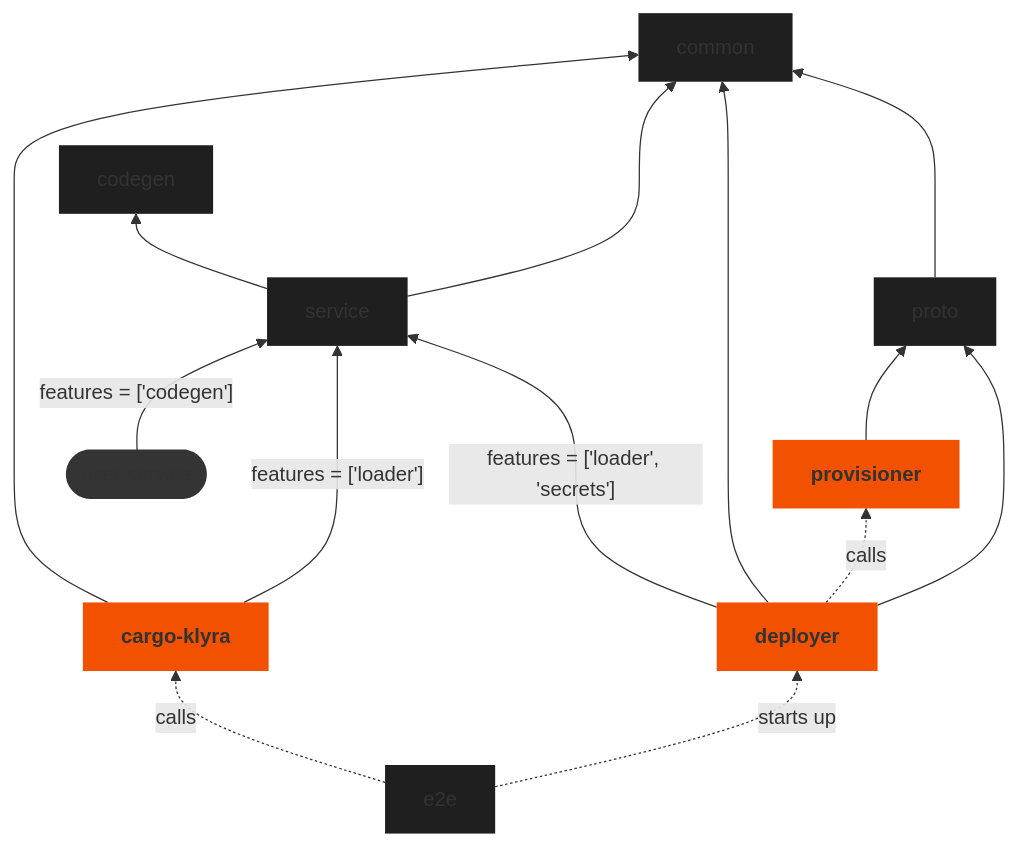
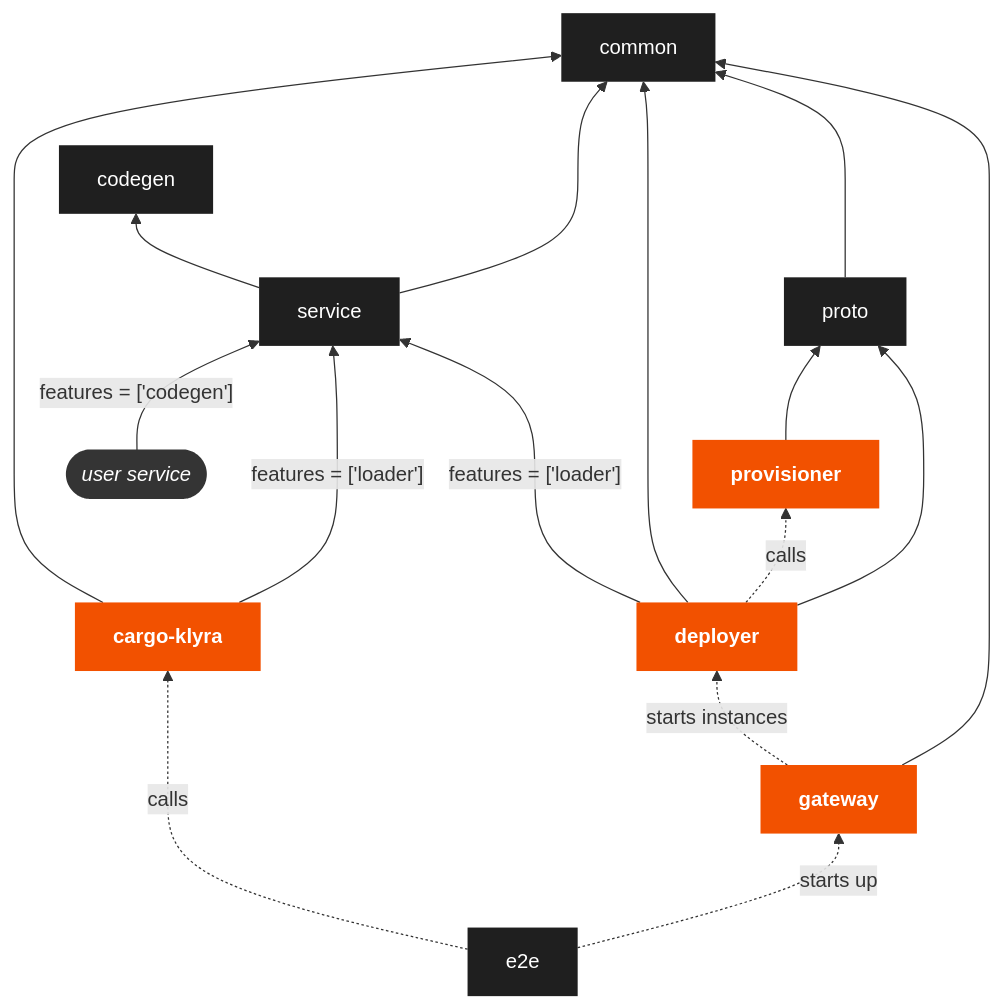
One commit to Klyra-project/Klyra changed the diagram in CONTRIBUTING.md. Above: the diagram before and after it, drawn with Mermaid. The commit also changed other lines of this file and 27 other files, not shown here.

````diff
--- a/CONTRIBUTING.md
+++ b/CONTRIBUTING.md
@@ -104,29 +116,32 @@
 ```mermaid
 graph BT
-    classDef default fill:#1f1f1f,stroke-width:0;
-    classDef binary fill:#f25100,font-weight:bold,stroke-width:0;
-    classDef external fill:#343434,font-style:italic,stroke:#f25100;
+    classDef default fill:#1f1f1f,stroke-width:0,color:white;
+    classDef binary fill:#f25100,font-weight:bolder,stroke-width:0,color:white;
+    classDef external fill:#343434,font-style:italic,stroke:#f25100,color:white;
 
     deployer:::binary
     cargo-klyra:::binary
     common
     codegen
     e2e
     proto
     provisioner:::binary
     service
+    gateway:::binary
     user([user service]):::external
+    gateway --> common
+    gateway -.->|starts instances| deployer
     deployer --> proto
     deployer -.->|calls| provisioner
     service ---> common
     deployer --> common
     cargo-klyra --->|"features = ['loader']"| service
-    deployer -->|"features = ['loader', 'secrets']"| service
+    deployer -->|"features = ['loader']"| service
     cargo-klyra --> common
     service --> codegen
     proto ---> common
     provisioner --> proto
-    e2e -.->|starts up| deployer
+    e2e -.->|starts up| gateway
     e2e -.->|calls| cargo-klyra
     user -->|"features = ['codegen']"| service
 ```
````
